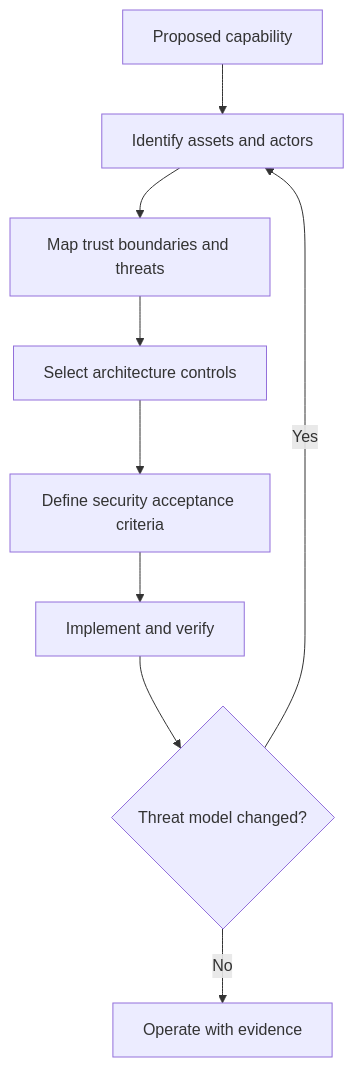
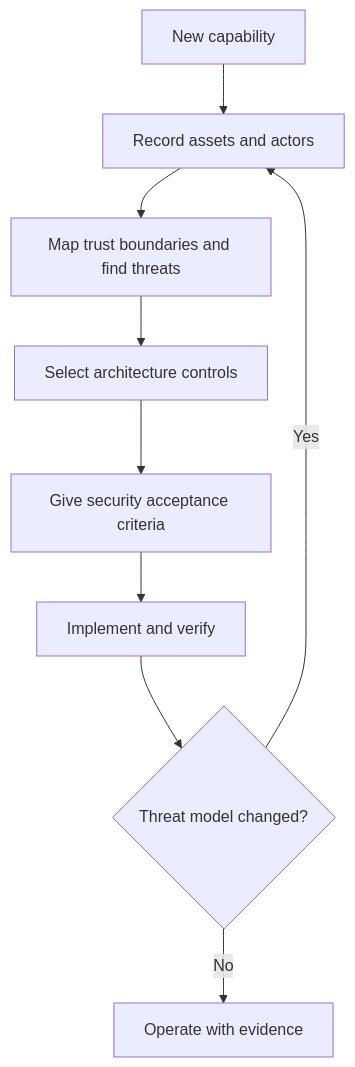
Before and after one commit to HomericIntelligence/Athena: the diagram in docs/principles/details/p048-secure-by-design.md, drawn with Mermaid. The commit also changed other lines of this file and 91 other files, not shown here.

````diff
--- a/docs/principles/details/p048-secure-by-design.md
+++ b/docs/principles/details/p048-secure-by-design.md
@@ -35,11 +37,11 @@
 ```mermaid
 flowchart TD
-    A["Proposed capability"] --> B["Identify assets and actors"]
-    B --> C["Map trust boundaries and threats"]
+    A["New capability"] --> B["Record assets and actors"]
+    B --> C["Map trust boundaries and find threats"]
     C --> D["Select architecture controls"]
-    D --> E["Define security acceptance criteria"]
+    D --> E["Give security acceptance criteria"]
     E --> F["Implement and verify"]
     F --> G{"Threat model changed?"}
     G -- "Yes" --> B
     G -- "No" --> H["Operate with evidence"]
 ```
````
